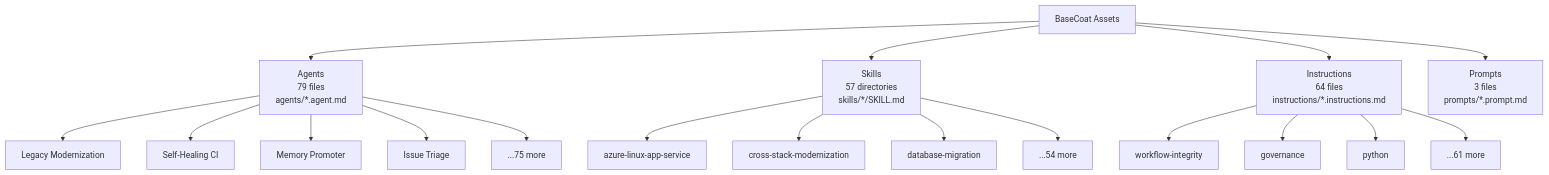
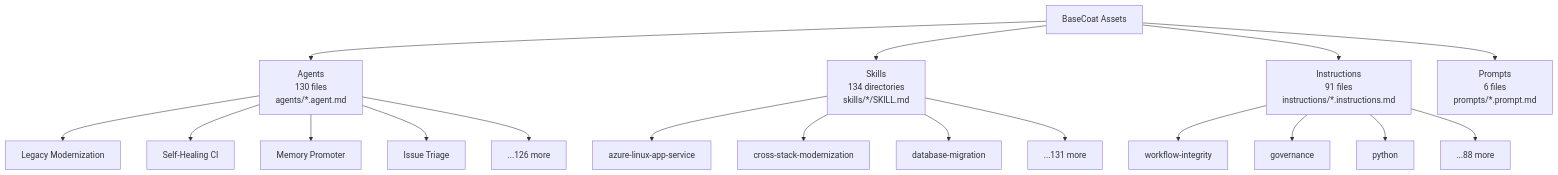
Before and after one commit to ivegamsft/basecoat: the second of 4 diagrams in docs/architecture/overview.md, drawn with Mermaid. The commit also changed other lines of this file and 29 other files, not shown here.

````diff
--- a/docs/architecture/overview.md
+++ b/docs/architecture/overview.md
@@ -39,23 +39,23 @@
 ```mermaid
 flowchart TD
-    BC["BaseCoat Assets"] --> A["Agents\n79 files\nagents/*.agent.md"]
-    BC --> S["Skills\n57 directories\nskills/*/SKILL.md"]
-    BC --> I["Instructions\n64 files\ninstructions/*.instructions.md"]
-    BC --> P["Prompts\n3 files\nprompts/*.prompt.md"]
+    BC["BaseCoat Assets"] --> A["Agents\n130 files\nagents/*.agent.md"]
+    BC --> S["Skills\n134 directories\nskills/*/SKILL.md"]
+    BC --> I["Instructions\n91 files\ninstructions/*.instructions.md"]
+    BC --> P["Prompts\n6 files\nprompts/*.prompt.md"]
 
     A --> A1["Legacy Modernization"]
     A --> A2["Self-Healing CI"]
     A --> A3["Memory Promoter"]
     A --> A4["Issue Triage"]
-    A --> A5["...75 more"]
+    A --> A5["...126 more"]
 
     S --> S1["azure-linux-app-service"]
     S --> S2["cross-stack-modernization"]
     S --> S3["database-migration"]
-    S --> S4["...54 more"]
+    S --> S4["...131 more"]
 
     I --> I1["workflow-integrity"]
     I --> I2["governance"]
     I --> I3["python"]
-    I --> I4["...61 more"]
+    I --> I4["...88 more"]
 ```
````
